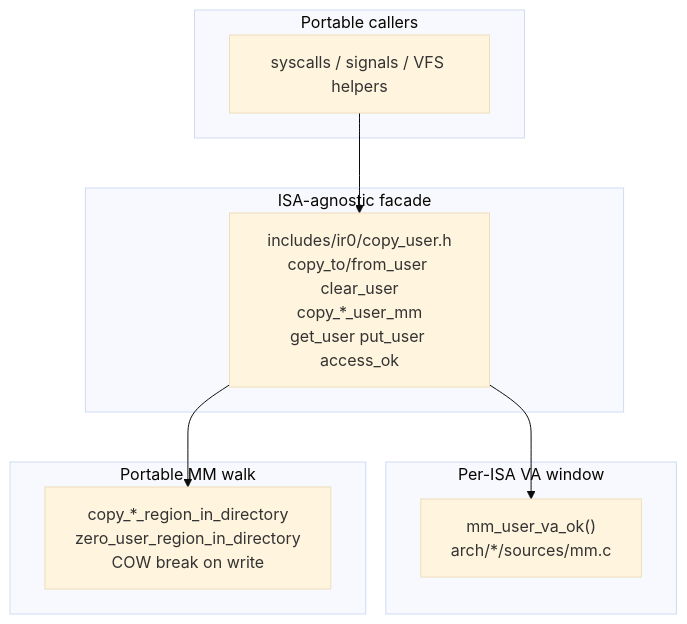
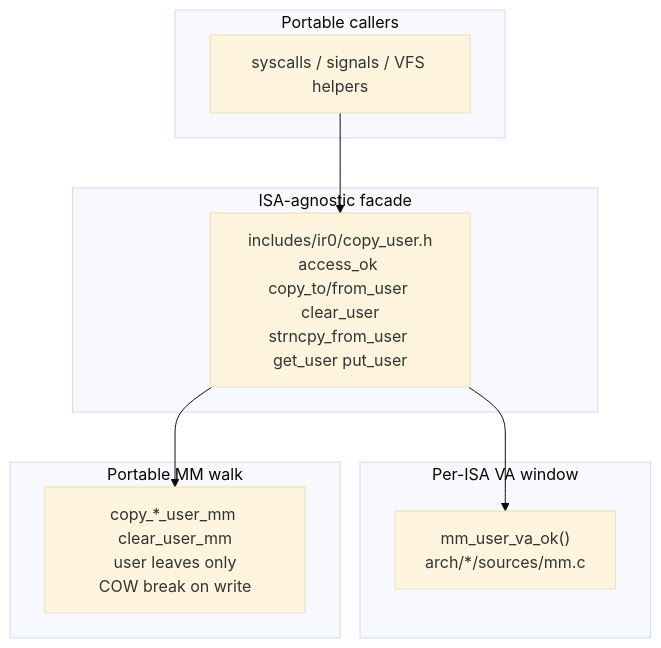
Before and after one commit to IRodriguez13/IR0: the diagram in Documentation/uaccess.md, drawn with Mermaid (base theme). The commit also changed other lines of this file and 7 other files, not shown here.

````diff
--- a/Documentation/uaccess.md
+++ b/Documentation/uaccess.md
@@ -36,17 +36,17 @@
 ```mermaid
 flowchart TB
   subgraph callers [Portable callers]
     Sys[syscalls / signals / VFS helpers]
   end
   subgraph facade [ISA-agnostic facade]
-    CU["includes/ir0/copy_user.h<br/>copy_to/from_user clear_user<br/>copy_*_user_mm<br/>get_user put_user access_ok"]
+    CU["includes/ir0/copy_user.h<br/>access_ok copy_to/from_user clear_user<br/>strncpy_from_user get_user put_user"]
   end
   subgraph isa [Per-ISA VA window]
     VA["mm_user_va_ok()<br/>arch/*/sources/mm.c"]
   end
   subgraph mm [Portable MM walk]
-    REG["copy_*_region_in_directory<br/>zero_user_region_in_directory<br/>COW break on write"]
+    REG["copy_*_user_mm clear_user_mm<br/>user leaves only<br/>COW break on write"]
   end
   Sys --> CU --> VA
   CU --> REG
 ```
````
